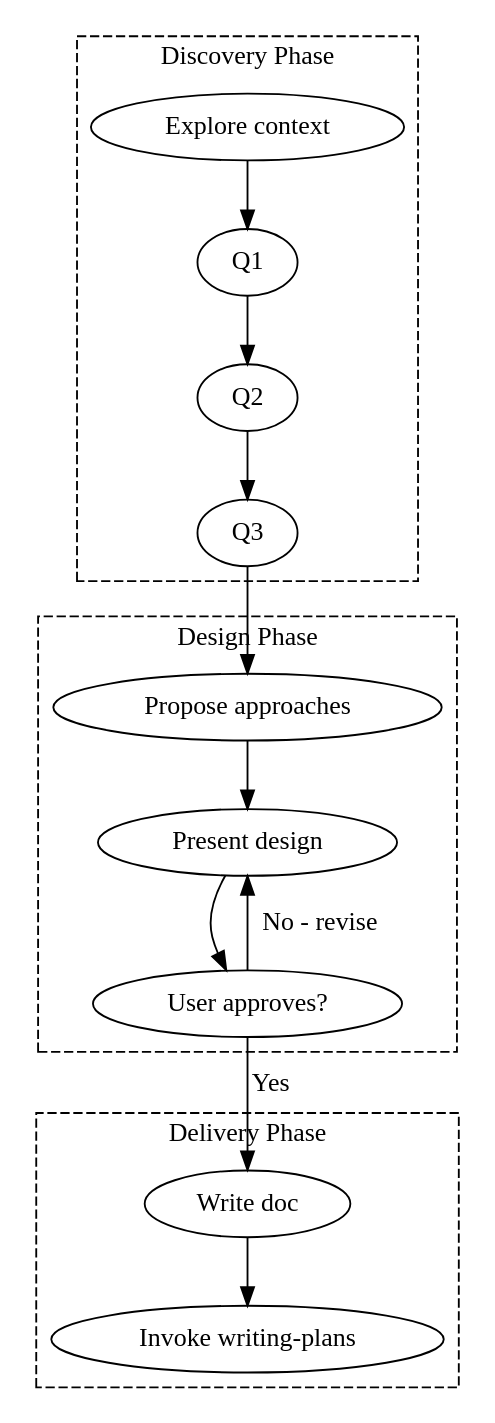
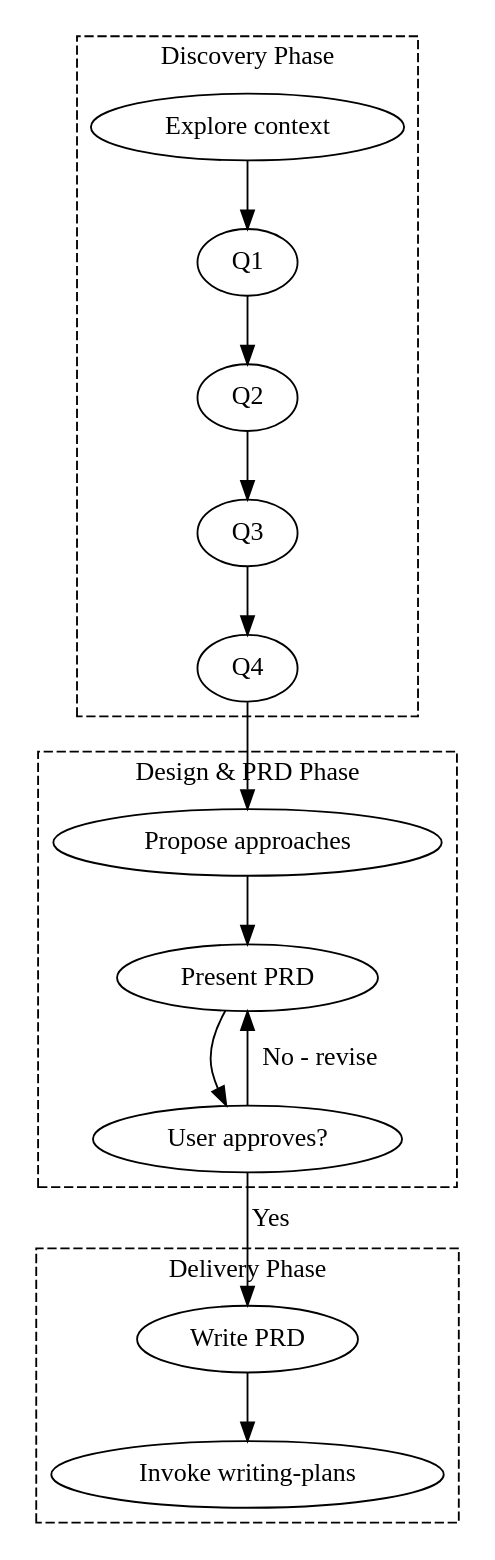
The diagram in .agent/skills/brainstorming-pro/SKILL.md (cahyo40/agent), drawn with Graphviz before and after one commit. The commit also changed other lines of this file and 270 other files, not shown here.

````diff
--- a/.agent/skills/brainstorming-pro/SKILL.md
+++ b/.agent/skills/brainstorming-pro/SKILL.md
@@ -40,27 +103,27 @@
 ```dot
 digraph brainstorming_pro {
     rankdir=TB;
-    
+
     subgraph cluster_discovery {
         label="Discovery Phase";
         style=dashed;
-        "Explore context" -> "Q1" -> "Q2" -> "Q3";
+        "Explore context" -> "Q1" -> "Q2" -> "Q3" -> "Q4";
     }
-    
+
     subgraph cluster_design {
-        label="Design Phase";
+        label="Design & PRD Phase";
         style=dashed;
-        "Propose approaches" -> "Present design" -> "User approves?";
+        "Propose approaches" -> "Present PRD" -> "User approves?";
     }
-    
+
     subgraph cluster_delivery {
         label="Delivery Phase";
         style=dashed;
-        "Write doc" -> "Invoke writing-plans";
+        "Write PRD" -> "Invoke writing-plans";
     }
-    
-    "Q3" -> "Propose approaches";
-    "User approves?" -> "Present design" [label="No - revise"];
-    "User approves?" -> "Write doc" [label="Yes"];
+
+    "Q4" -> "Propose approaches";
+    "User approves?" -> "Present PRD" [label="No - revise"];
+    "User approves?" -> "Write PRD" [label="Yes"];
 }
 ```
````
